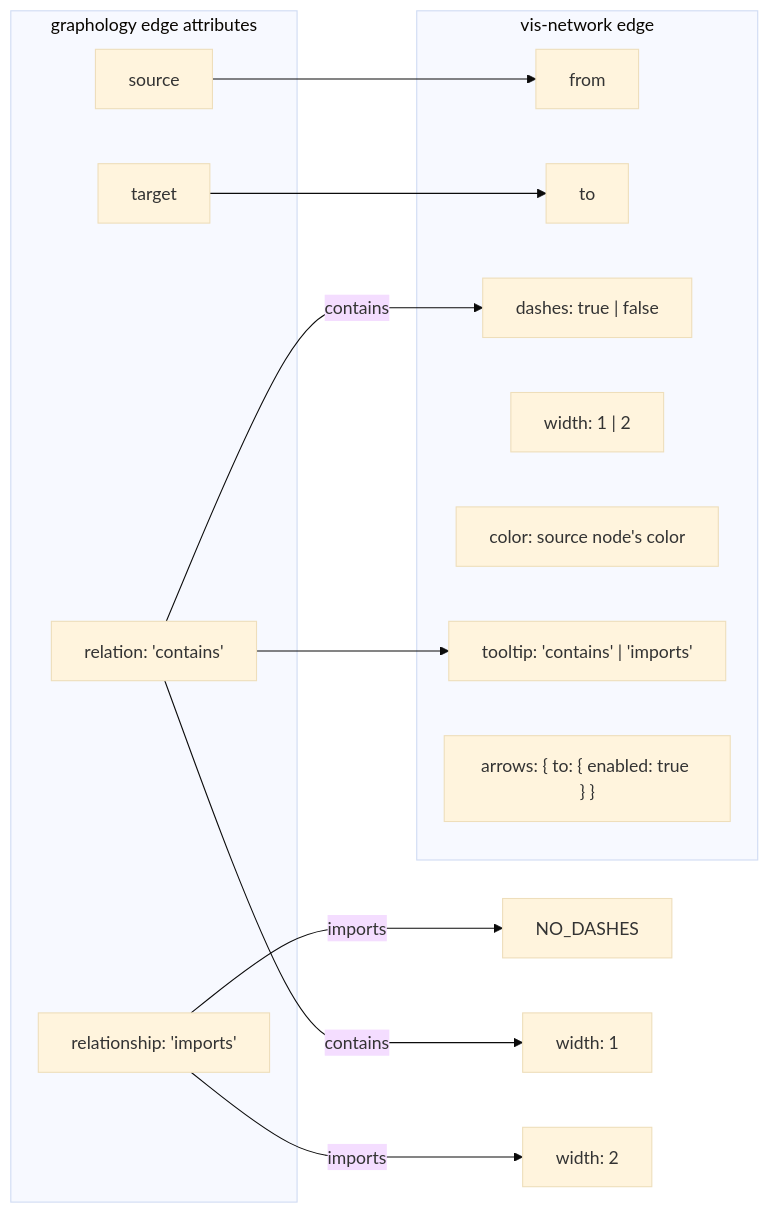
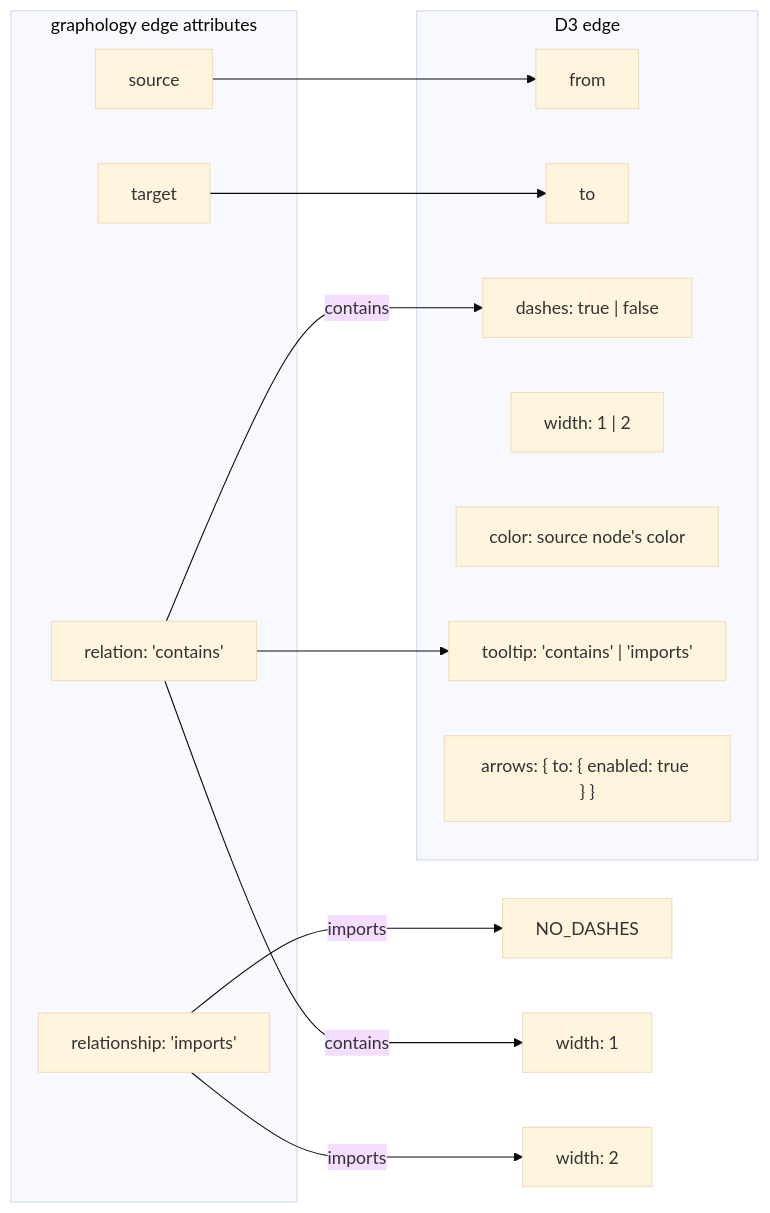
Before and after one commit to Arham-Qureshi/codebase-vis: the fifth of 11 diagrams in ARCHITECTURE/visualizer.md, drawn with Mermaid (base theme). The commit also changed other lines of this file, not shown here.

Commit message:
docs: update visualizer — vis-network to D3 force layout

````diff
--- a/ARCHITECTURE/visualizer.md
+++ b/ARCHITECTURE/visualizer.md
@@ -174,27 +171,27 @@
 ```mermaid
 flowchart LR
     subgraph raw_edge["graphology edge attributes"]
         R_source["source"]
         R_target["target"]
         R_rel["relation: 'contains'"]
         R_rel2["relationship: 'imports'"]
     end
 
-    subgraph vis_edge["vis-network edge"]
+    subgraph vis_edge["D3 edge"]
         V_from["from"]
         V_to["to"]
         V_dashes["dashes: true | false"]
         V_width["width: 1 | 2"]
         V_color["color: source node's color"]
         V_title["tooltip: 'contains' | 'imports'"]
         V_arrows["arrows: { to: { enabled: true } }"]
     end
 
     R_source --> V_from
     R_target --> V_to
     R_rel -->|contains| V_dashes
     R_rel2 -->|imports| NO_DASHES
     R_rel -->|contains| W1["width: 1"]
     R_rel2 -->|imports| W2["width: 2"]
     R_rel --> V_title
 ```
````
